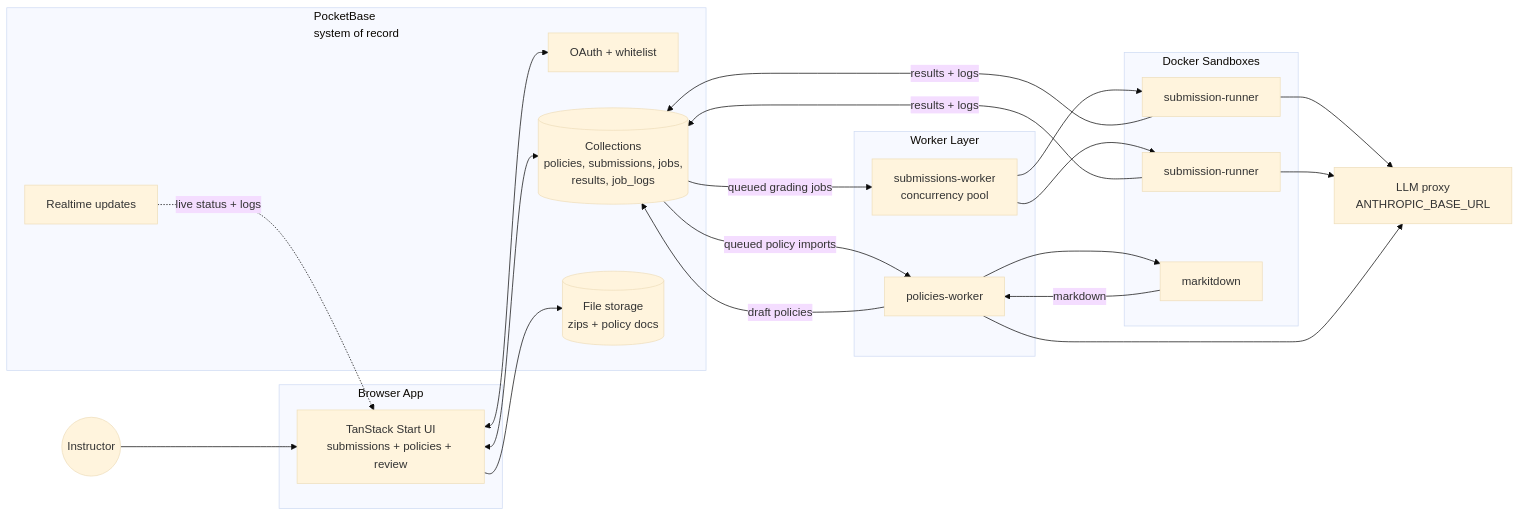
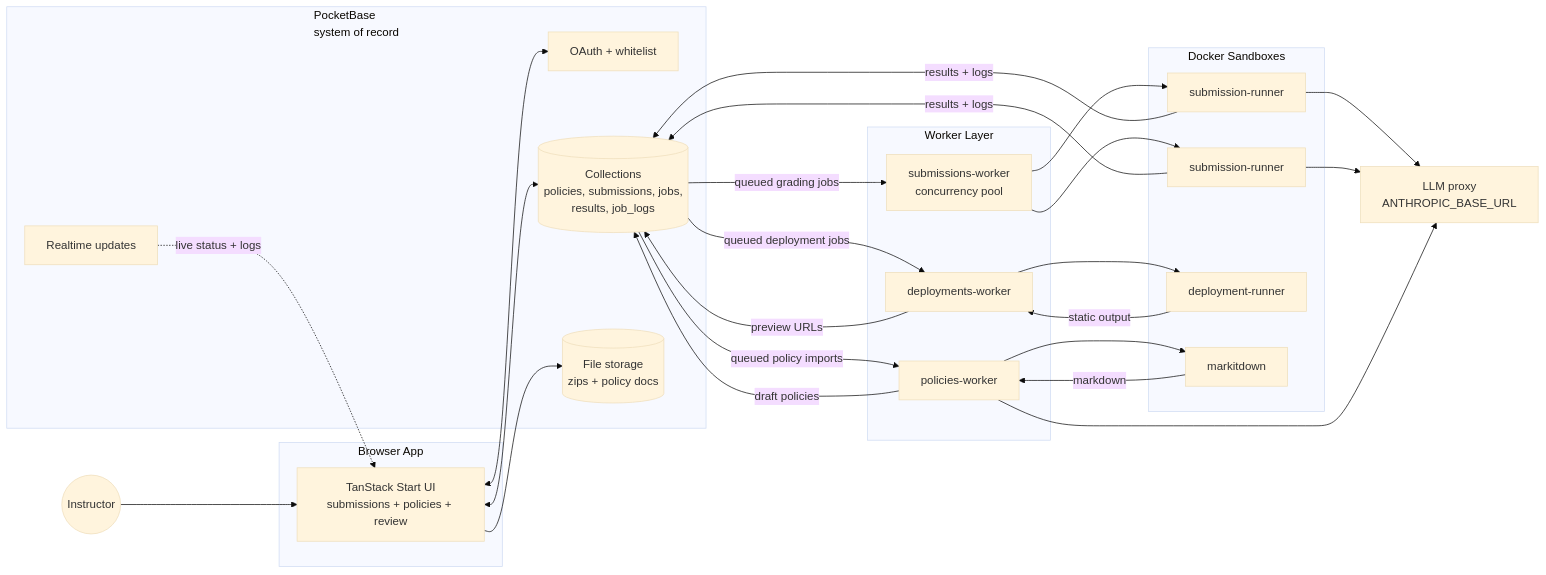
Before and after one commit to Joshimello/autograde: the diagram in README.md, drawn with Mermaid (base theme). The commit also changed other lines of this file and 24 other files, not shown here.

````diff
--- a/README.md
+++ b/README.md
@@ -18,48 +20,55 @@
 ```mermaid
 flowchart LR
   user((Instructor))
 
   subgraph app["Browser App"]
     ui["TanStack Start UI<br/>submissions + policies + review"]
   end
 
   subgraph pb["PocketBase<br/>system of record"]
     auth["OAuth + whitelist"]
     db[("Collections<br/>policies, submissions, jobs,<br/>results, job_logs")]
     files[("File storage<br/>zips + policy docs")]
     rt["Realtime updates"]
   end
 
   subgraph workers["Worker Layer"]
     sw["submissions-worker<br/>concurrency pool"]
+    dw["deployments-worker"]
     pw["policies-worker"]
   end
 
   subgraph sandboxes["Docker Sandboxes"]
     sr1["submission-runner"]
     sr2["submission-runner"]
+    dr["deployment-runner"]
     md["markitdown"]
   end
 
   llm["LLM proxy<br/>ANTHROPIC_BASE_URL"]
 
   user --> ui
   ui <--> auth
   ui <--> db
   ui --> files
   rt -.live status + logs.-> ui
 
   db -- queued grading jobs --> sw
   sw --> sr1
   sw --> sr2
   sr1 --> llm
   sr2 --> llm
   sr1 -- results + logs --> db
   sr2 -- results + logs --> db
 
+  db -- queued deployment jobs --> dw
+  dw --> dr
+  dr -- static output --> dw
+  dw -- preview URLs --> db
+
   db -- queued policy imports --> pw
   pw --> md
   pw --> llm
   md -- markdown --> pw
   pw -- draft policies --> db
 ```
````
